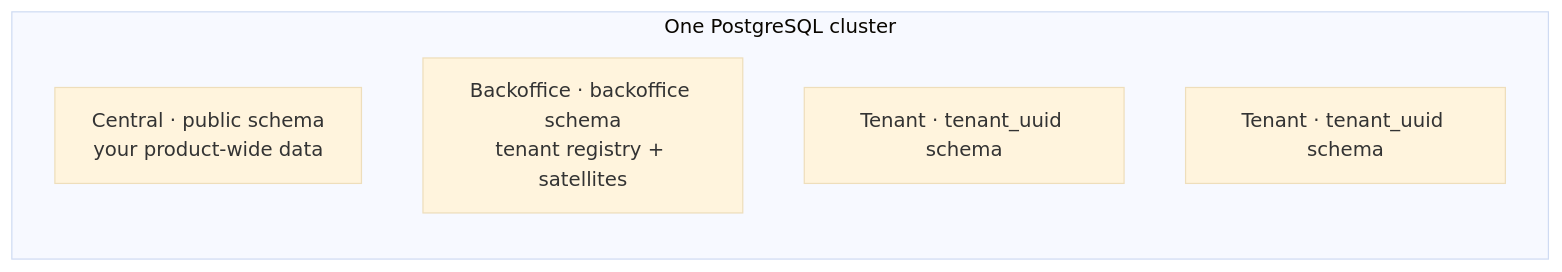
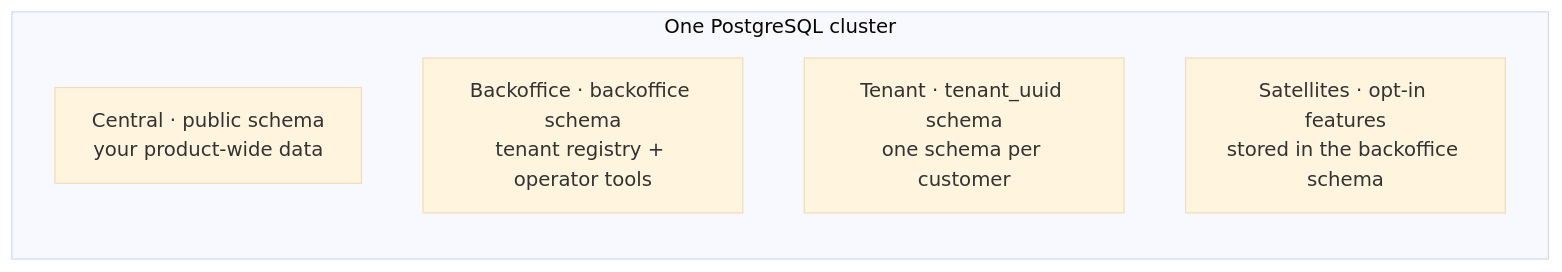
Before and after one commit to Arcoders/Adonisjs-lasagna-saas-tenancy: the first of 2 diagrams in docs/docs/concepts.md, drawn with Mermaid (base theme). The commit also changed other lines of this file and 16 other files, not shown here.

````diff
--- a/docs/docs/concepts.md
+++ b/docs/docs/concepts.md
@@ -19,10 +19,10 @@
 ```mermaid
 flowchart TB
   subgraph cluster["One PostgreSQL cluster"]
     direction TB
     C["Central · public schema<br/>your product-wide data"]
-    B["Backoffice · backoffice schema<br/>tenant registry + satellites"]
-    T1["Tenant · tenant_uuid schema"]
-    T2["Tenant · tenant_uuid schema"]
+    B["Backoffice · backoffice schema<br/>tenant registry + operator tools"]
+    T["Tenant · tenant_uuid schema<br/>one schema per customer"]
+    S["Satellites · opt-in features<br/>stored in the backoffice schema"]
   end
 ```
````
